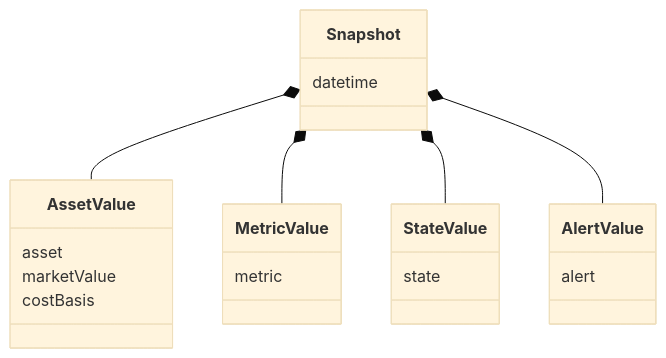
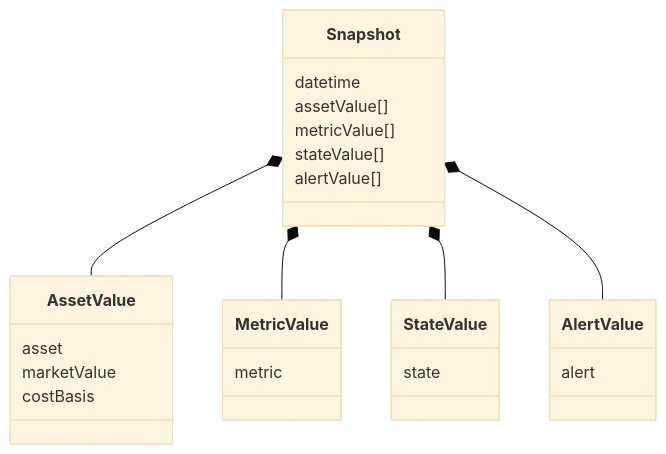
The fifth of 7 diagrams in README.md (hmzk0312/FinancesDSL), drawn with Mermaid (base theme) before and after one commit. The commit also changed other lines of this file, not shown here.

````diff
--- a/README.md
+++ b/README.md
@@ -174,30 +175,34 @@
 ```mermaid
 classDiagram
     Snapshot *-- AssetValue
     Snapshot *-- MetricValue
     Snapshot *-- StateValue
     Snapshot *-- AlertValue
 
 class Snapshot{
     datetime
+    assetValue[]
+    metricValue[]
+    stateValue[]
+    alertValue[]
 }
 
 class AssetValue{
     asset
     marketValue
     costBasis
 }
 
 class MetricValue{
     metric
 }
 
 class StateValue{
     state
 }
 
 class AlertValue{
     alert
 }
 
 ```
````
